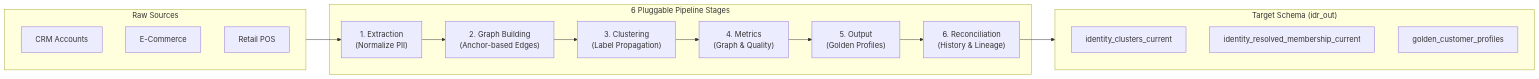
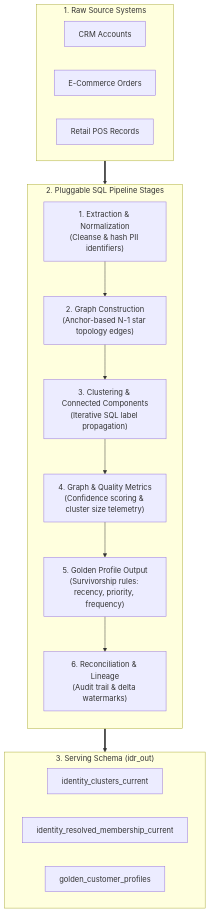
Before and after one commit to anilkulkarni87/sql-identity-oss: the diagram in docs/index.md, drawn with Mermaid. The commit also changed 3 other files, not shown here.

Commit message:
fix(docs): improve mermaid diagram layout and add custom styling to prevent squishing

````diff
--- a/docs/index.md
+++ b/docs/index.md
@@ -65,27 +65,30 @@
 ```mermaid
-flowchart LR
-    subgraph Sources["Raw Sources"]
+flowchart TD
+    subgraph Sources["1. Raw Source Systems"]
+        direction LR
         CRM["CRM Accounts"]
-        Web["E-Commerce"]
-        POS["Retail POS"]
+        Web["E-Commerce Orders"]
+        POS["Retail POS Records"]
     end
 
-    subgraph Stages["6 Pluggable Pipeline Stages"]
-        S1["1. Extraction<br/>(Normalize PII)"]
-        S2["2. Graph Building<br/>(Anchor-based Edges)"]
-        S3["3. Clustering<br/>(Label Propagation)"]
-        S4["4. Metrics<br/>(Graph & Quality)"]
-        S5["5. Output<br/>(Golden Profiles)"]
-        S6["6. Reconciliation<br/>(History & Lineage)"]
+    subgraph Stages["2. Pluggable SQL Pipeline Stages"]
+        direction TB
+        S1["1. Extraction & Normalization<br/>(Cleanse & hash PII identifiers)"]
+        S2["2. Graph Construction<br/>(Anchor-based N-1 star topology edges)"]
+        S3["3. Clustering & Connected Components<br/>(Iterative SQL label propagation)"]
+        S4["4. Graph & Quality Metrics<br/>(Confidence scoring & cluster size telemetry)"]
+        S5["5. Golden Profile Output<br/>(Survivorship rules: recency, priority, frequency)"]
+        S6["6. Reconciliation & Lineage<br/>(Audit trail & delta watermarks)"]
+        S1 --> S2 --> S3 --> S4 --> S5 --> S6
     end
 
-    subgraph Targets["Target Schema (idr_out)"]
+    subgraph Targets["3. Serving Schema (idr_out)"]
+        direction LR
         Clusters["identity_clusters_current"]
         Membership["identity_resolved_membership_current"]
         Profiles["golden_customer_profiles"]
     end
 
-    Sources --> S1
-    S1 --> S2 --> S3 --> S4 --> S5 --> S6
-    S6 --> Targets
+    Sources ==> S1
+    S6 ==> Targets
 ```
````
